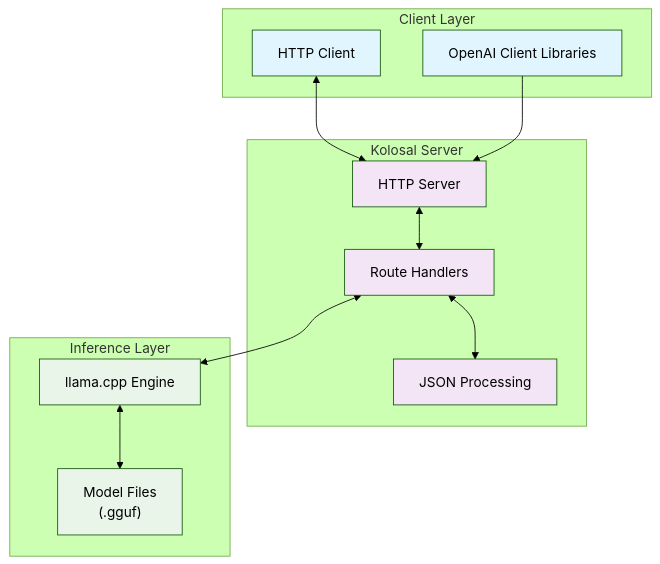
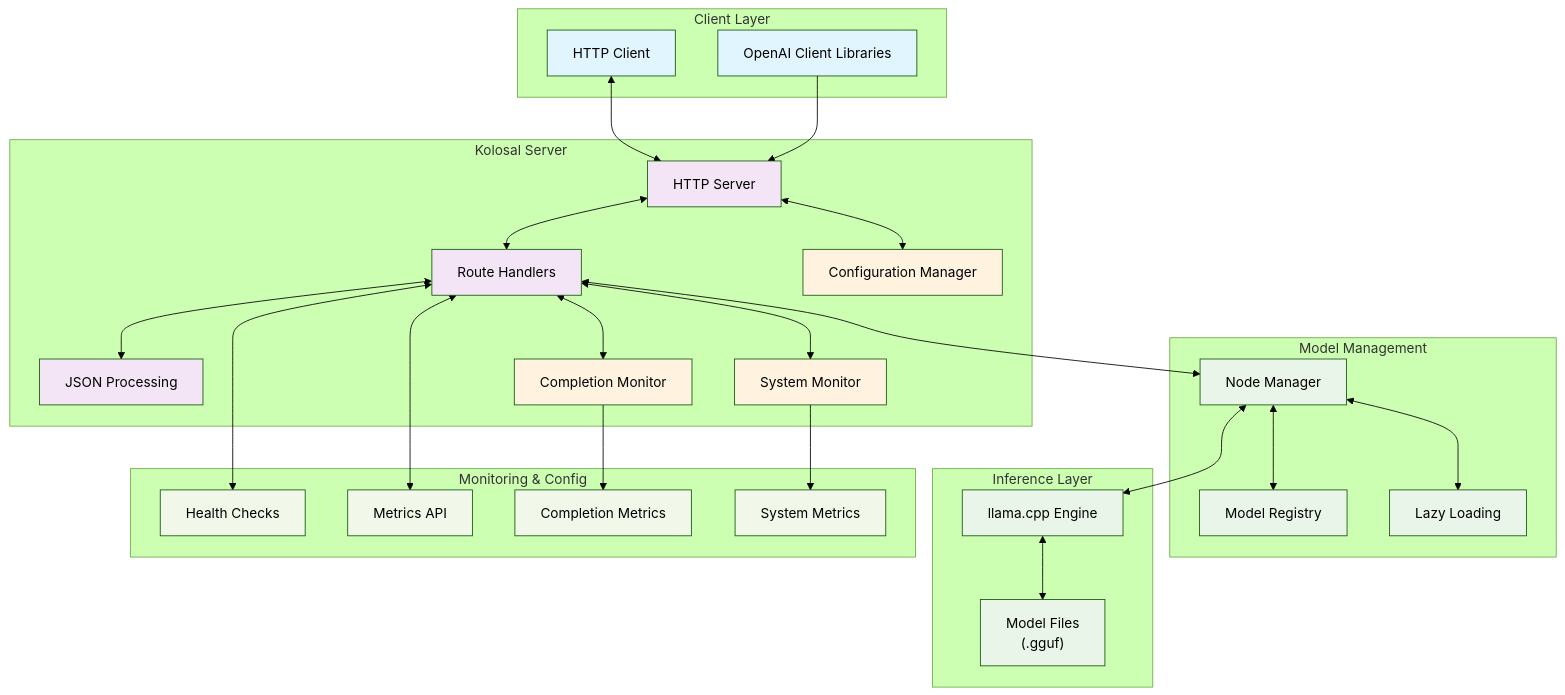
Before and after one commit to KolosalAI/kolosal-server: the first of 4 diagrams in docs/ARCHITECTURE.md, drawn with Mermaid (forest theme). The commit also changed other lines of this file and 7 other files, not shown here.

First line of the commit message:
Enhance documentation with new sections on Configuration Management and Monitoring

````diff
--- a/docs/ARCHITECTURE.md
+++ b/docs/ARCHITECTURE.md
@@ -7,33 +7,69 @@
 ```mermaid
 graph TB
     subgraph "Client Layer"
         A[HTTP Client]
         B[OpenAI Client Libraries]
     end
     
     subgraph "Kolosal Server"
         C[HTTP Server]
         D[Route Handlers]
         E[JSON Processing]
+        M[Completion Monitor]
+        S[System Monitor]
+        CF[Configuration Manager]
+    end
+    
+    subgraph "Model Management"
+        N[Node Manager]
+        R[Model Registry]
+        L[Lazy Loading]
     end
     
     subgraph "Inference Layer"
         F[llama.cpp Engine]
         G["Model Files<br/>(.gguf)"]
     end
     
+    subgraph "Monitoring & Config"
+        H[Health Checks]
+        MT[Metrics API]
+        CM[Completion Metrics]
+        SM[System Metrics]
+    end
+    
     A <--> C
     B --> C
     C <--> D
     D <--> E
-    D <--> F
+    D <--> M
+    D <--> S
+    C <--> CF
+    D <--> N
+    N <--> R
+    N <--> L
+    N <--> F
     F <--> G
+    D <--> H
+    D <--> MT
+    M --> CM
+    S --> SM
     
     style A fill:#e1f5fe
     style B fill:#e1f5fe
     style C fill:#f3e5f5
     style D fill:#f3e5f5
     style E fill:#f3e5f5
+    style M fill:#fff3e0
+    style S fill:#fff3e0
+    style CF fill:#fff3e0
+    style N fill:#e8f5e8
+    style R fill:#e8f5e8
+    style L fill:#e8f5e8
     style F fill:#e8f5e8
     style G fill:#e8f5e8
+    style H fill:#f1f8e9
+    style MT fill:#f1f8e9
+    style CM fill:#f1f8e9
+    style SM fill:#f1f8e9
 ```
````
